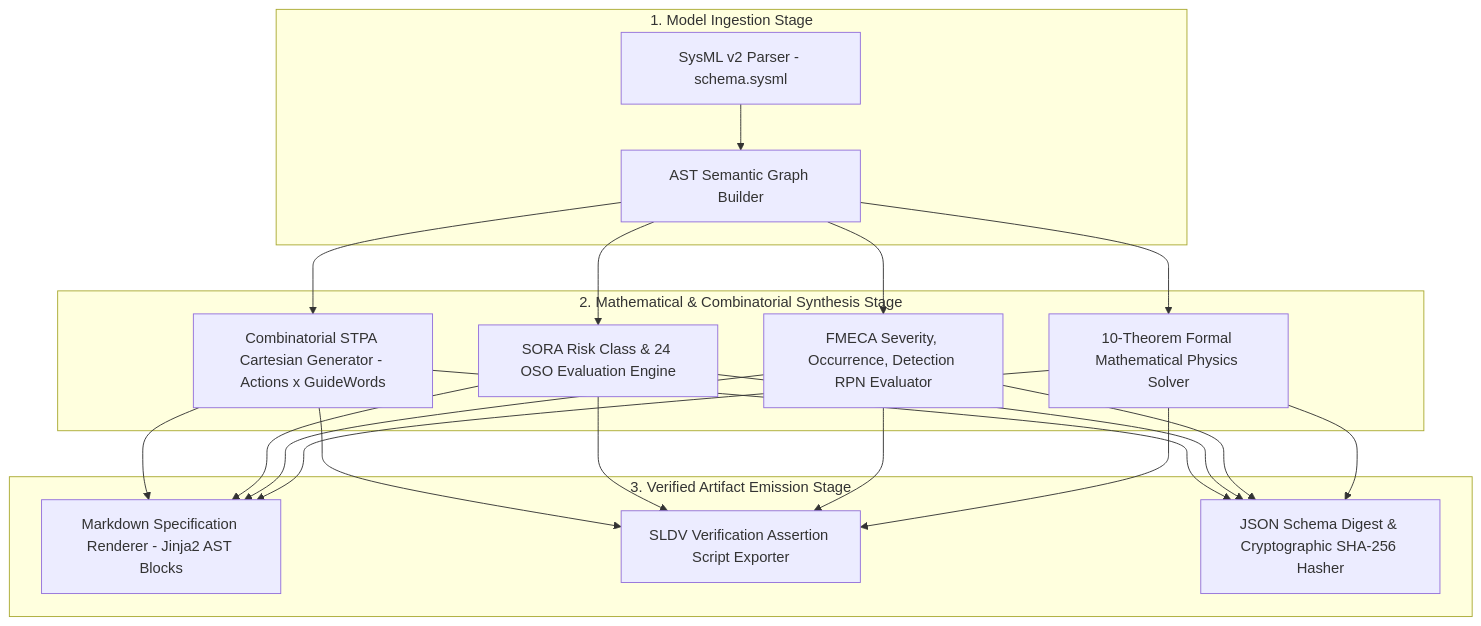
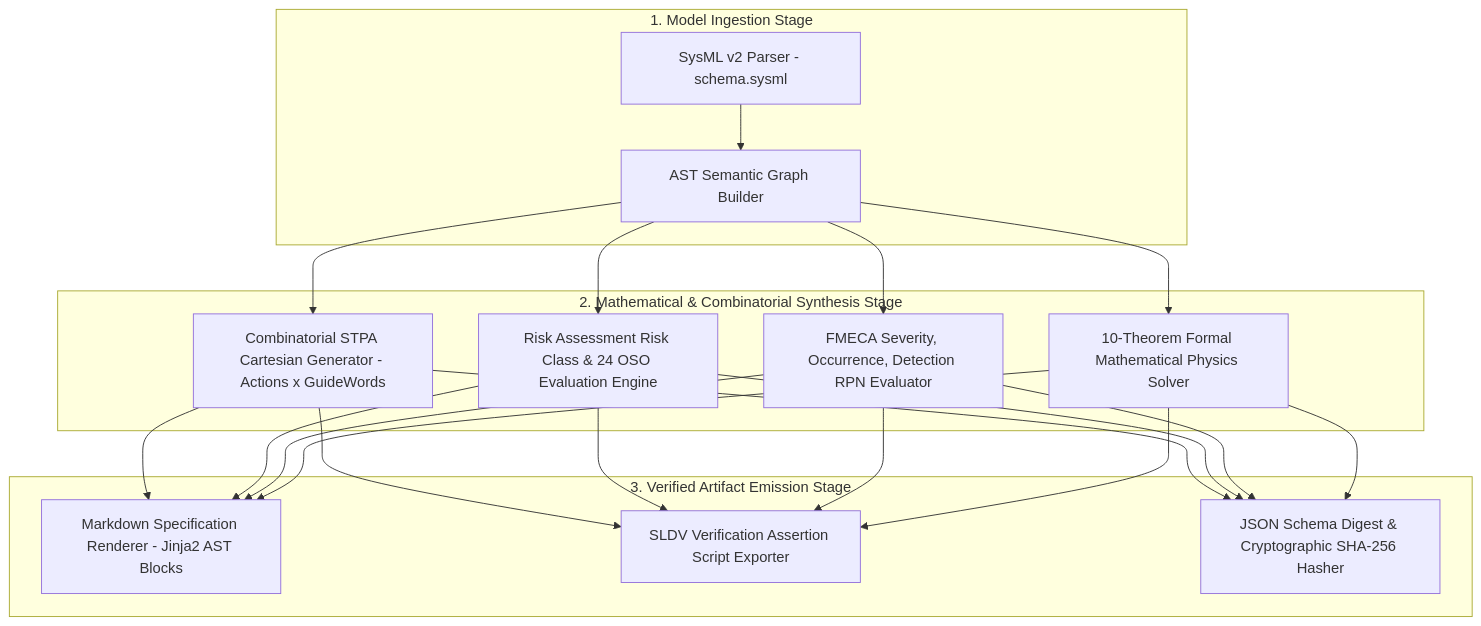
The tenth of 11 diagrams in docs/architecture/blueprints/DEAP_DETERMINISTIC_SAFETY_SPECIFICATION_COMPILER_BLUEPRINT.md (gintatkinson/DEAP01-spec-core), drawn with Mermaid before and after one commit. The commit also changed other lines of this file and 3 other files, not shown here.

````diff
--- a/docs/architecture/blueprints/DEAP_DETERMINISTIC_SAFETY_SPECIFICATION_COMPILER_BLUEPRINT.md
+++ b/docs/architecture/blueprints/DEAP_DETERMINISTIC_SAFETY_SPECIFICATION_COMPILER_BLUEPRINT.md
@@ -1318,22 +1318,22 @@
 ```mermaid
 flowchart TD
     subgraph "1. Model Ingestion Stage"
         A1["SysML v2 Parser - schema.sysml"] --> A2["AST Semantic Graph Builder"]
     end
 
     subgraph "2. Mathematical & Combinatorial Synthesis Stage"
         B1["Combinatorial STPA Cartesian Generator - Actions x GuideWords"]
-        B2["SORA Risk Class & 24 OSO Evaluation Engine"]
+        B2["Risk Assessment Risk Class & 24 OSO Evaluation Engine"]
         B3["FMECA Severity, Occurrence, Detection RPN Evaluator"]
         B4["10-Theorem Formal Mathematical Physics Solver"]
     end
 
     subgraph "3. Verified Artifact Emission Stage"
         C1["Markdown Specification Renderer - Jinja2 AST Blocks"]
         C2["SLDV Verification Assertion Script Exporter"]
         C3["JSON Schema Digest & Cryptographic SHA-256 Hasher"]
     end
 
     A2 --> B1 & B2 & B3 & B4
     B1 & B2 & B3 & B4 --> C1 & C2 & C3
 ```
````
